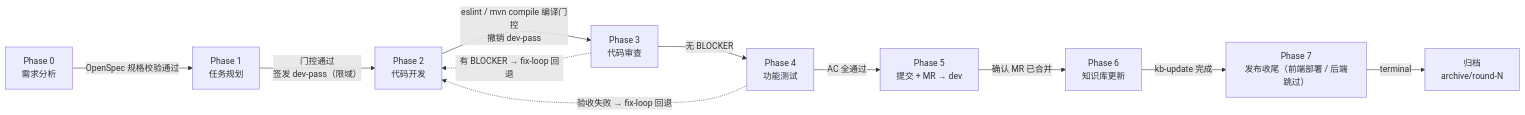
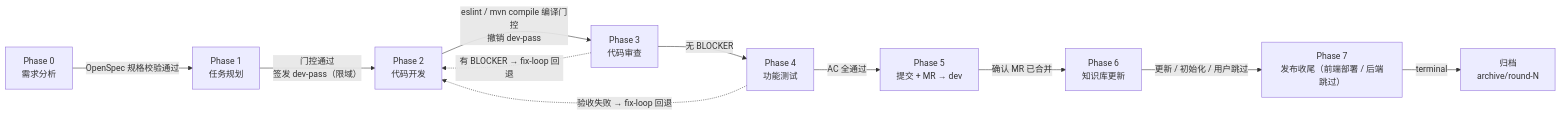
One commit to AbyssPan/fullstackflow changed the first of 2 diagrams in README.md. Above: the diagram before and after it, drawn with Mermaid. The commit also changed other lines of this file and 9 other files, not shown here.

````diff
--- a/README.md
+++ b/README.md
@@ -50,14 +50,14 @@
 ```mermaid
 flowchart LR
     P0["Phase 0<br/>需求分析"] -->|"OpenSpec 规格校验通过"| P1["Phase 1<br/>任务规划"]
     P1 -->|"门控通过<br/>签发 dev-pass（限域）"| P2["Phase 2<br/>代码开发"]
     P2 -->|"eslint / mvn compile 编译门控<br/>撤销 dev-pass"| P3["Phase 3<br/>代码审查"]
     P3 -->|"无 BLOCKER"| P4["Phase 4<br/>功能测试"]
     P4 -->|"AC 全通过"| P5["Phase 5<br/>提交 + MR → dev"]
     P5 -->|"确认 MR 已合并"| P6["Phase 6<br/>知识库更新"]
-    P6 -->|"kb-update 完成"| P7["Phase 7<br/>发布收尾（前端部署 / 后端跳过）"]
+    P6 -->|"更新 / 初始化 / 用户跳过"| P7["Phase 7<br/>发布收尾（前端部署 / 后端跳过）"]
     P7 -->|"terminal"| ARC["归档<br/>archive/round-N"]
 
     P3 -.->|"有 BLOCKER → fix-loop 回退"| P2
     P4 -.->|"验收失败 → fix-loop 回退"| P2
 ```
````
